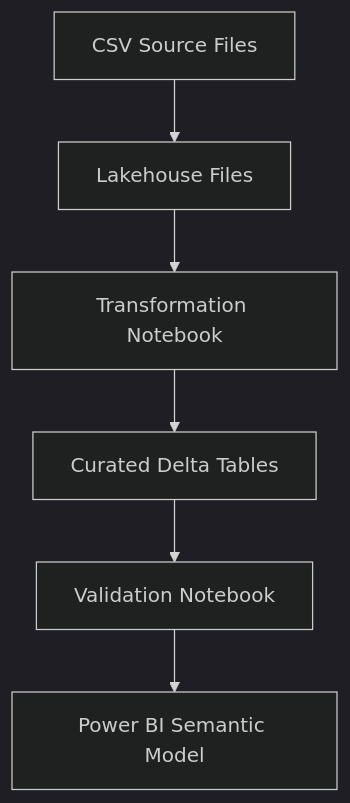
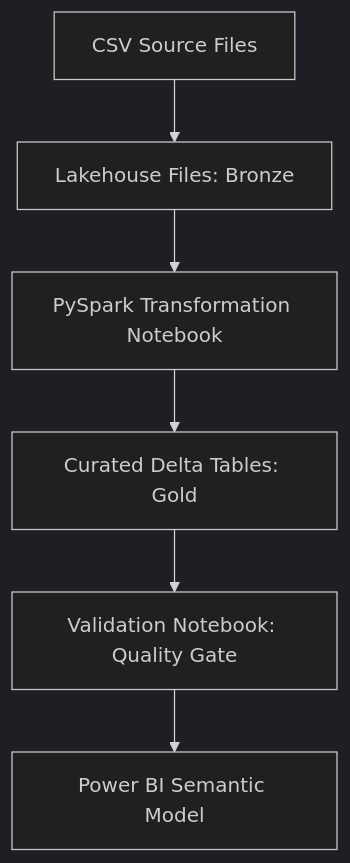
One commit to Dalbee/energy-analytics-fabric-bi changed the diagram in projects/project2-fabric-pipeline/README.md. Above: the diagram before and after it, drawn with Mermaid (dark theme). The commit also changed other lines of this file and 5 other files, not shown here.

````diff
--- a/projects/project2-fabric-pipeline/README.md
+++ b/projects/project2-fabric-pipeline/README.md
@@ -38,8 +24,8 @@
 ```mermaid
 flowchart TD
-    A[CSV Source Files] --> B[Lakehouse Files]
-    B --> C[Transformation Notebook]
-    C --> D[Curated Delta Tables]
-    D --> E[Validation Notebook]
+    A[CSV Source Files] --> B[Lakehouse Files: Bronze]
+    B --> C[PySpark Transformation Notebook]
+    C --> D[Curated Delta Tables: Gold]
+    D --> E[Validation Notebook: Quality Gate]
     E --> F[Power BI Semantic Model]
 ```
````
